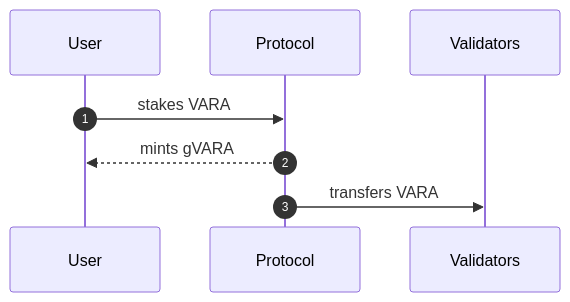
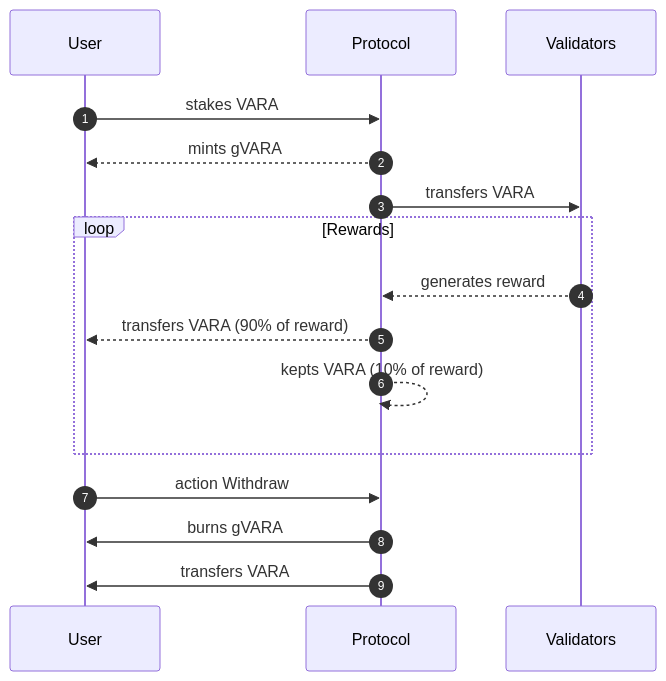
One commit to germangleza/GuardianProtocol changed the diagram in README.md. Above: the diagram before and after it, drawn with Mermaid.

Commit message:
First diagram

````diff
--- a/README.md
+++ b/README.md
@@ -3,7 +3,17 @@
 ```mermaid
 sequenceDiagram
     autonumber
     User ->> Protocol: stakes VARA
     Protocol -->> User: mints gVARA
     Protocol ->> Validators: transfers VARA
+
+    loop Rewards
+        Validators -->> Protocol: generates reward
+        Protocol -->> User: transfers VARA (90% of reward)
+        Protocol -->> Protocol: kepts VARA (10% of reward)
+    end
+
+    User ->> Protocol: action Withdraw
+    Protocol ->> User: burns gVARA
+    Protocol ->> User: transfers VARA
 ```
````
